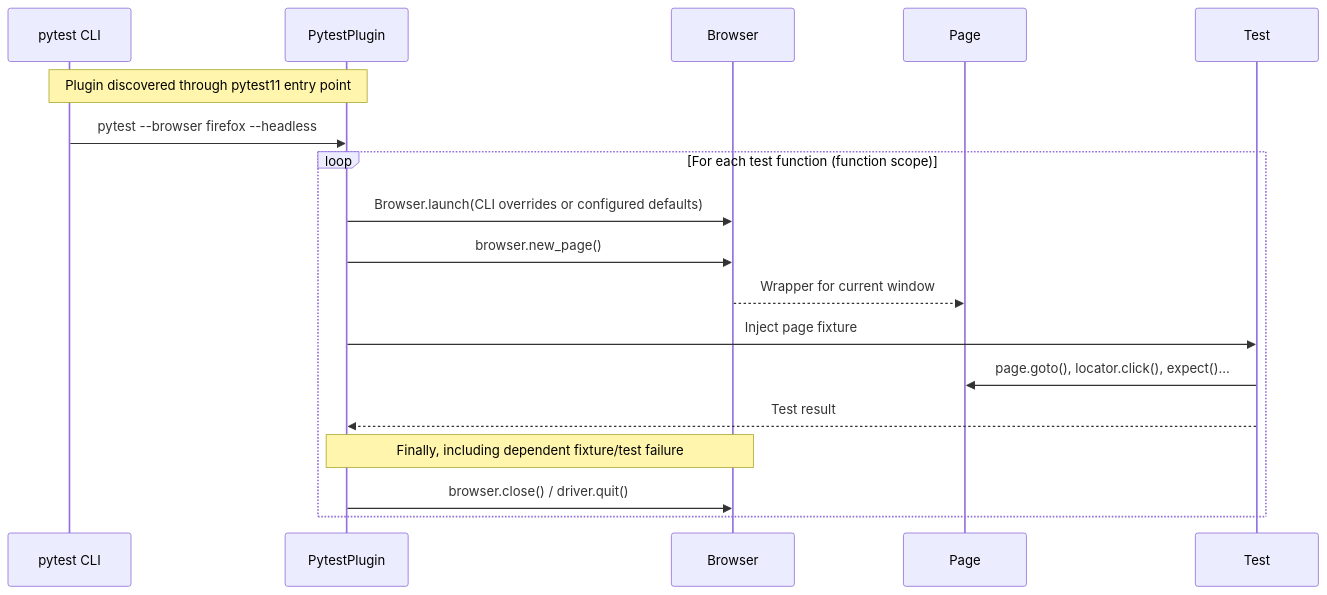
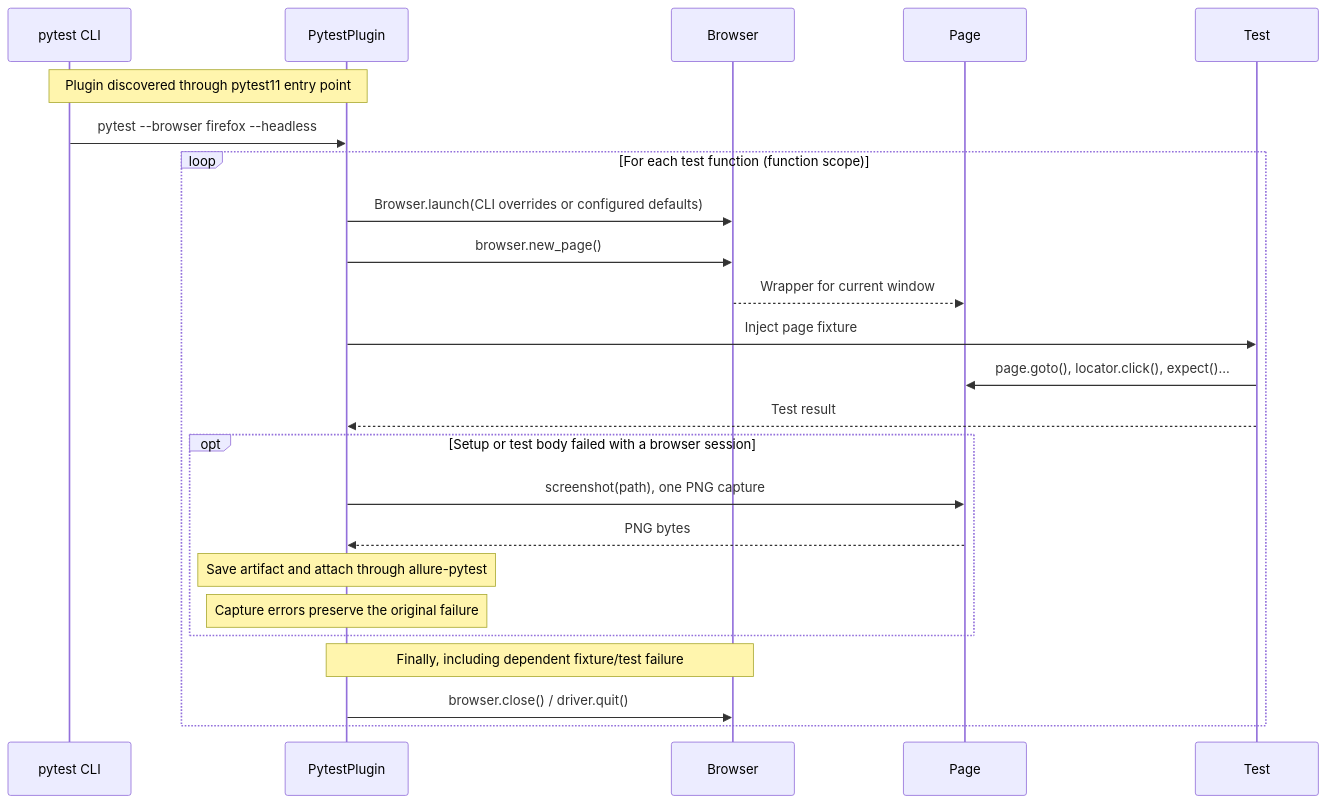
The diagram in diagram/lifecycle.md (AGDthuannguyen/Sele3-Aug2026), drawn with Mermaid before and after one commit. The commit also changed 9 other files, not shown here.

````diff
--- a/diagram/lifecycle.md
+++ b/diagram/lifecycle.md
@@ -1,25 +1,32 @@
 ```mermaid
 sequenceDiagram
     participant CLI as pytest CLI
     participant Plugin as PytestPlugin
     participant Browser
     participant Page
     participant Test
 
     Note over CLI,Plugin: Plugin discovered through pytest11 entry point
     CLI->>Plugin: pytest --browser firefox --headless
 
     loop For each test function (function scope)
         Plugin->>Browser: Browser.launch(CLI overrides or configured defaults)
         Plugin->>Browser: browser.new_page()
         Browser-->>Page: Wrapper for current window
 
         Plugin->>Test: Inject page fixture
         Test->>Page: page.goto(), locator.click(), expect()...
         Test-->>Plugin: Test result
 
+        opt Setup or test body failed with a browser session
+            Plugin->>Page: screenshot(path), one PNG capture
+            Page-->>Plugin: PNG bytes
+            Note over Plugin: Save artifact and attach through allure-pytest
+            Note over Plugin: Capture errors preserve the original failure
+        end
+
         Note over Plugin,Browser: Finally, including dependent fixture/test failure
         Plugin->>Browser: browser.close() / driver.quit()
     end
 
 ```
````
